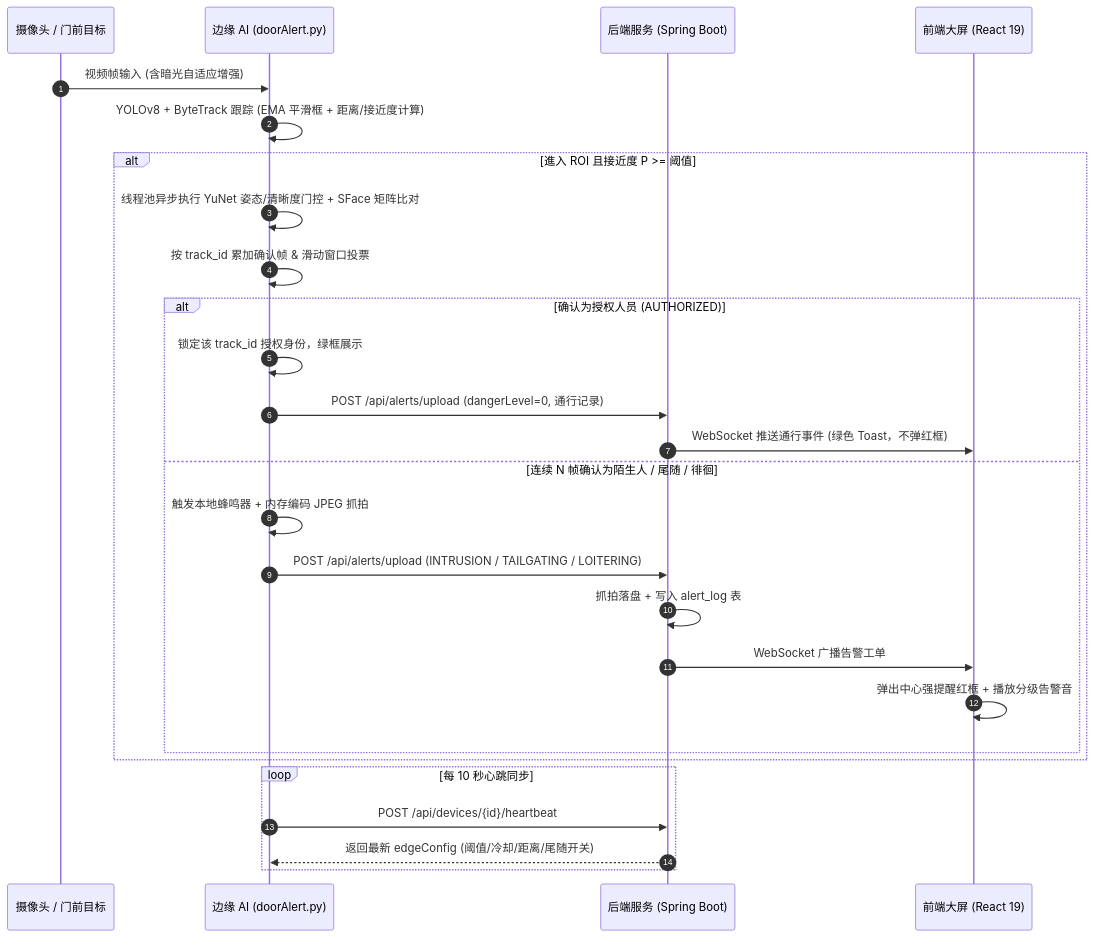
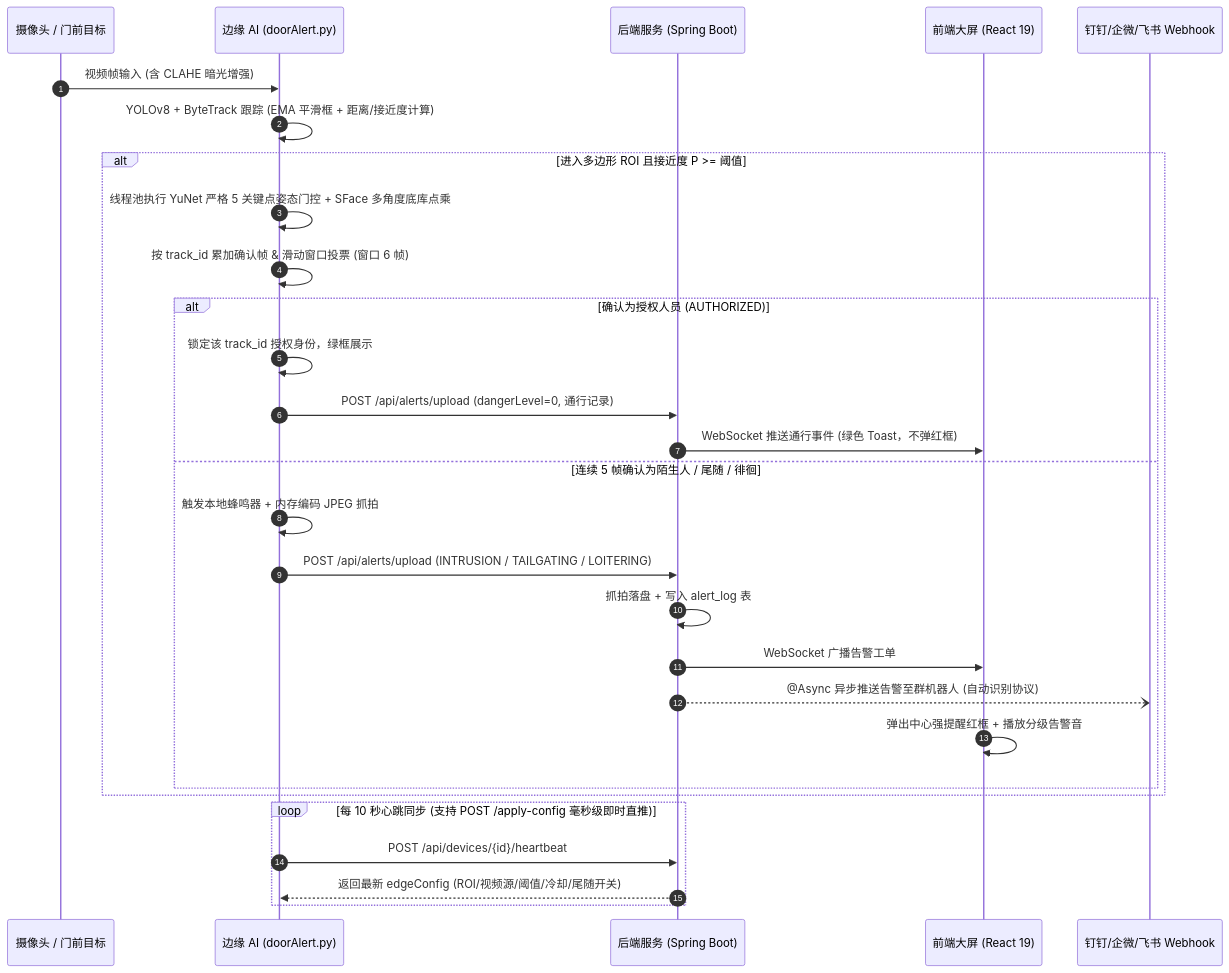
Before and after one commit to Ckj6818/intelligent-door-alert-system: the second of 2 diagrams in README.md, drawn with Mermaid. The commit also changed other lines of this file and 1 other file, not shown here.

````diff
--- a/README.md
+++ b/README.md
@@ -137,30 +142,32 @@
 ```mermaid
 sequenceDiagram
   autonumber
   participant C as 摄像头 / 门前目标
   participant E as 边缘 AI (doorAlert.py)
   participant B as 后端服务 (Spring Boot)
   participant W as 前端大屏 (React 19)
+  participant N as 钉钉/企微/飞书 Webhook
 
-  C->>E: 视频帧输入 (含暗光自适应增强)
+  C->>E: 视频帧输入 (含 CLAHE 暗光增强)
   E->>E: YOLOv8 + ByteTrack 跟踪 (EMA 平滑框 + 距离/接近度计算)
-  alt 進入 ROI 且接近度 P >= 阈值
-    E->>E: 线程池异步执行 YuNet 姿态/清晰度门控 + SFace 矩阵比对
-    E->>E: 按 track_id 累加确认帧 & 滑动窗口投票
+  alt 进入多边形 ROI 且接近度 P >= 阈值
+    E->>E: 线程池执行 YuNet 严格 5 关键点姿态门控 + SFace 多角度底库点乘
+    E->>E: 按 track_id 累加确认帧 & 滑动窗口投票 (窗口 6 帧)
     alt 确认为授权人员 (AUTHORIZED)
       E->>E: 锁定该 track_id 授权身份，绿框展示
       E->>B: POST /api/alerts/upload (dangerLevel=0, 通行记录)
       B->>W: WebSocket 推送通行事件 (绿色 Toast，不弹红框)
-    else 连续 N 帧确认为陌生人 / 尾随 / 徘徊
+    else 连续 5 帧确认为陌生人 / 尾随 / 徘徊
       E->>E: 触发本地蜂鸣器 + 内存编码 JPEG 抓拍
       E->>B: POST /api/alerts/upload (INTRUSION / TAILGATING / LOITERING)
       B->>B: 抓拍落盘 + 写入 alert_log 表
       B->>W: WebSocket 广播告警工单
+      B--)N: @Async 异步推送告警至群机器人 (自动识别协议)
       W->>W: 弹出中心强提醒红框 + 播放分级告警音
     end
   end
-  loop 每 10 秒心跳同步
+  loop 每 10 秒心跳同步 (支持 POST /apply-config 毫秒级即时直推)
     E->>B: POST /api/devices/{id}/heartbeat
-    B-->>E: 返回最新 edgeConfig (阈值/冷却/距离/尾随开关)
+    B-->>E: 返回最新 edgeConfig (ROI/视频源/阈值/冷却/尾随开关)
   end
 ```
````
